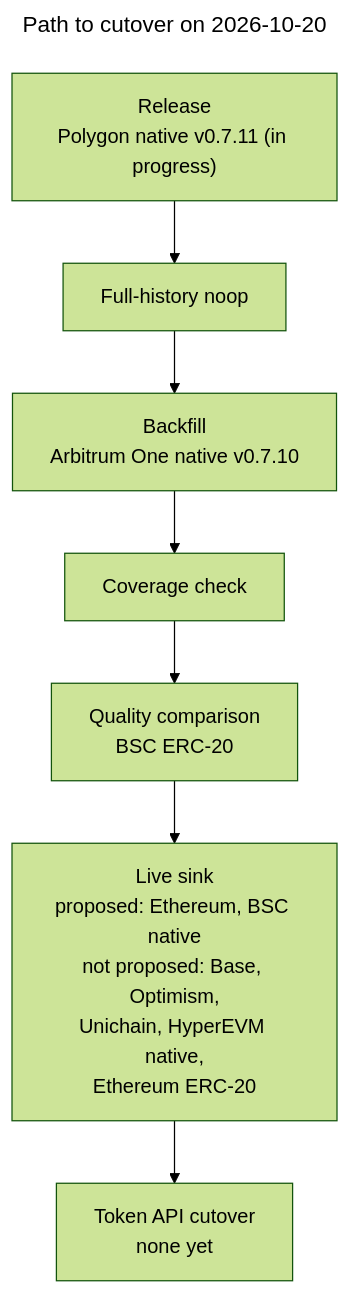
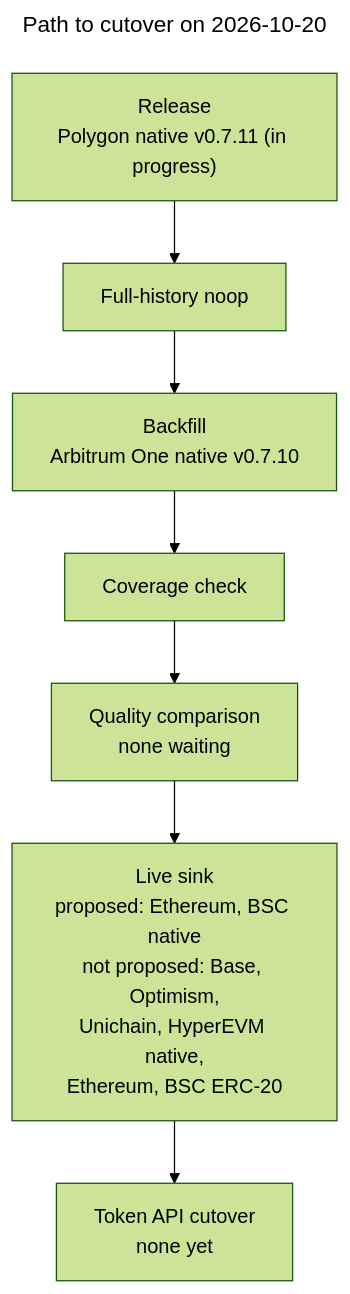
One commit to pinax-network/substreams-evm-balances changed the first of 4 diagrams in docs/deployment-status.md. Above: the diagram before and after it, drawn with Mermaid (forest theme). The commit also changed other lines of this file and 2 other files, not shown here.

First line of the commit message:
Add the BSC ERC-20 comparison and the day's progress to the docs

````diff
--- a/docs/deployment-status.md
+++ b/docs/deployment-status.md
@@ -68,14 +69,14 @@
 ```mermaid
 ---
 title: Path to cutover on 2026-10-20
 ---
 flowchart TD
   rel["Release<br/>Polygon native v0.7.11 (in progress)"]
   noop["Full-history noop"]
   bf["Backfill<br/>Arbitrum One native v0.7.10"]
   cov["Coverage check"]
-  qual["Quality comparison<br/>BSC ERC-20"]
-  sink["Live sink<br/>proposed: Ethereum, BSC native<br/>not proposed: Base, Optimism,<br/>Unichain, HyperEVM native,<br/>Ethereum ERC-20"]
+  qual["Quality comparison<br/>none waiting"]
+  sink["Live sink<br/>proposed: Ethereum, BSC native<br/>not proposed: Base, Optimism,<br/>Unichain, HyperEVM native,<br/>Ethereum, BSC ERC-20"]
   cut["Token API cutover<br/>none yet"]
   rel --> noop --> bf --> cov --> qual --> sink --> cut
 ```
````
